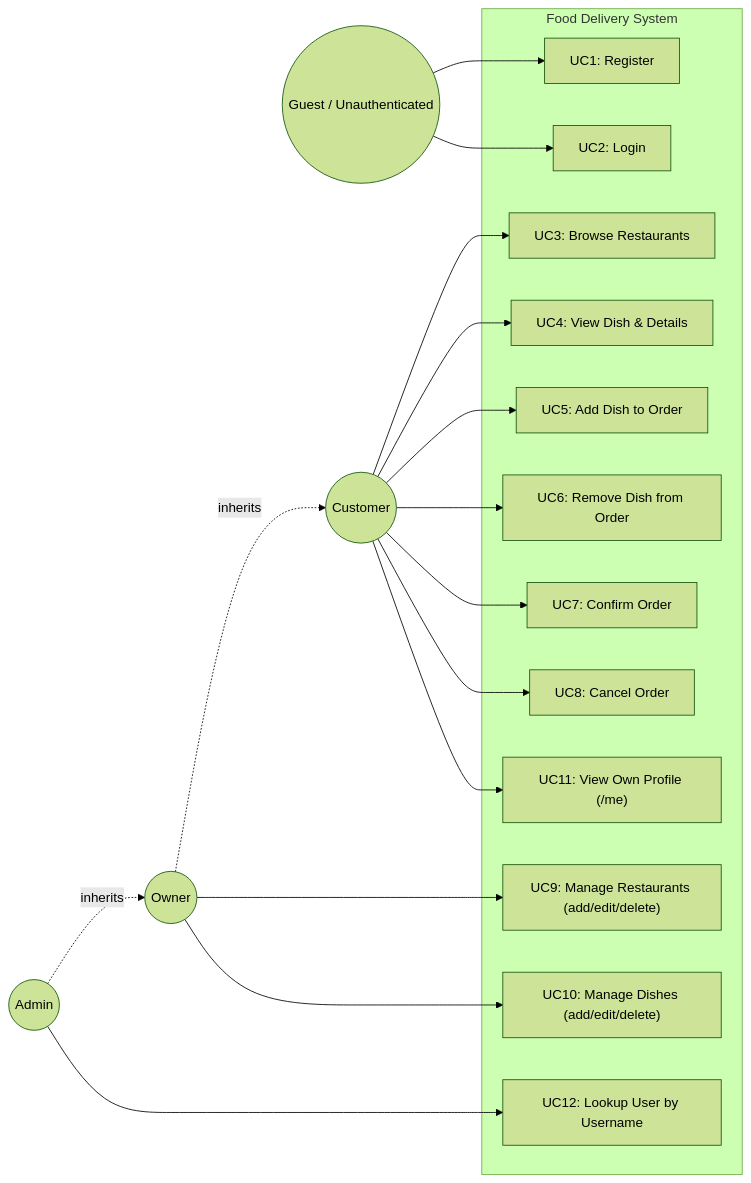
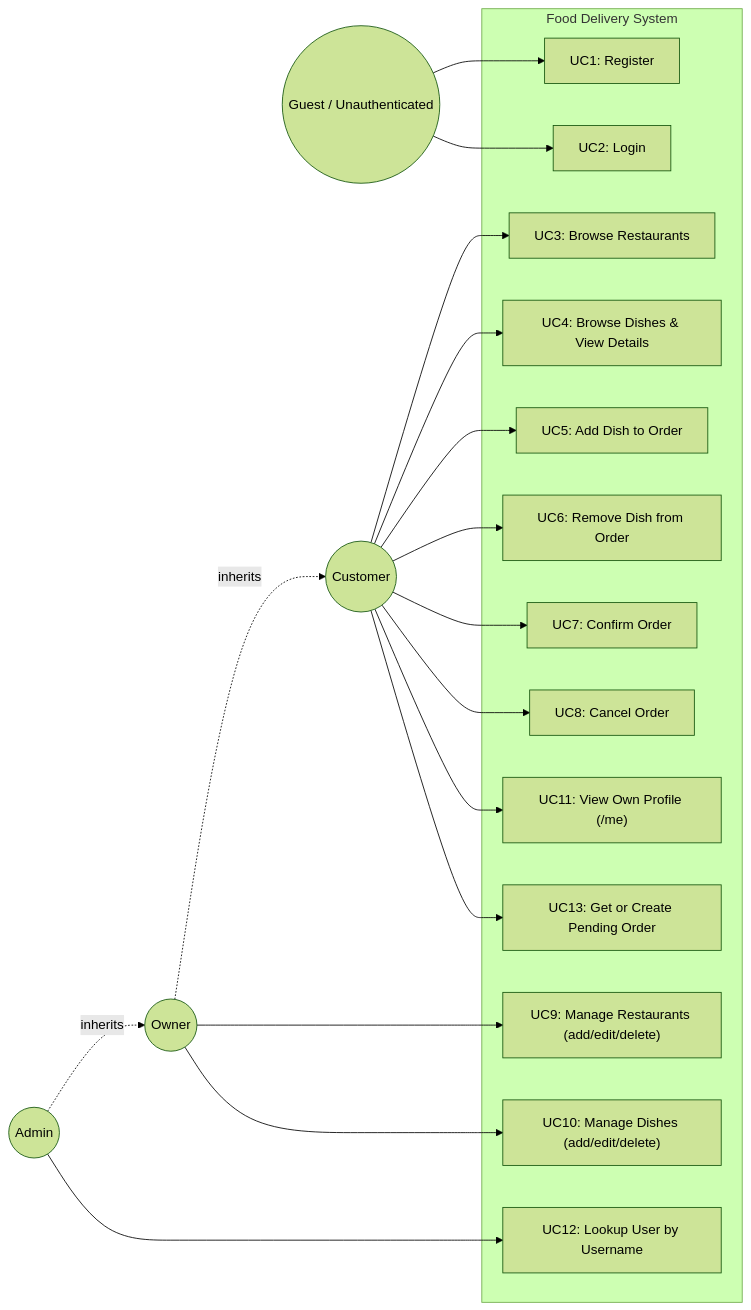
Before and after one commit to Wisee24/food-delivery-app: the first of 6 diagrams in food-delivery-backend/docs/SRS.md, drawn with Mermaid (forest theme). The commit also changed other lines of this file and 14 other files, not shown here.

````diff
--- a/food-delivery-backend/docs/SRS.md
+++ b/food-delivery-backend/docs/SRS.md
@@ -244,40 +251,42 @@
 ```mermaid
 flowchart LR
     Unauth((Guest / Unauthenticated))
     Customer((Customer))
     Owner((Owner))
     Admin((Admin))
 
     subgraph FoodDeliverySystem["Food Delivery System"]
         UC1["UC1: Register"]
         UC2["UC2: Login"]
         UC3["UC3: Browse Restaurants"]
-        UC4["UC4: View Dish & Details"]
+        UC4["UC4: Browse Dishes & View Details"]
         UC5["UC5: Add Dish to Order"]
         UC6["UC6: Remove Dish from Order"]
         UC7["UC7: Confirm Order"]
         UC8["UC8: Cancel Order"]
         UC9["UC9: Manage Restaurants (add/edit/delete)"]
         UC10["UC10: Manage Dishes (add/edit/delete)"]
         UC11["UC11: View Own Profile (/me)"]
         UC12["UC12: Lookup User by Username"]
+        UC13["UC13: Get or Create Pending Order"]
     end
 
     Unauth --> UC1
     Unauth --> UC2
 
     Customer --> UC3
     Customer --> UC4
     Customer --> UC5
     Customer --> UC6
     Customer --> UC7
     Customer --> UC8
     Customer --> UC11
+    Customer --> UC13
 
     Owner -.->|"inherits"| Customer
     Owner --> UC9
     Owner --> UC10
 
     Admin -.->|"inherits"| Owner
     Admin --> UC12
 ```
````
